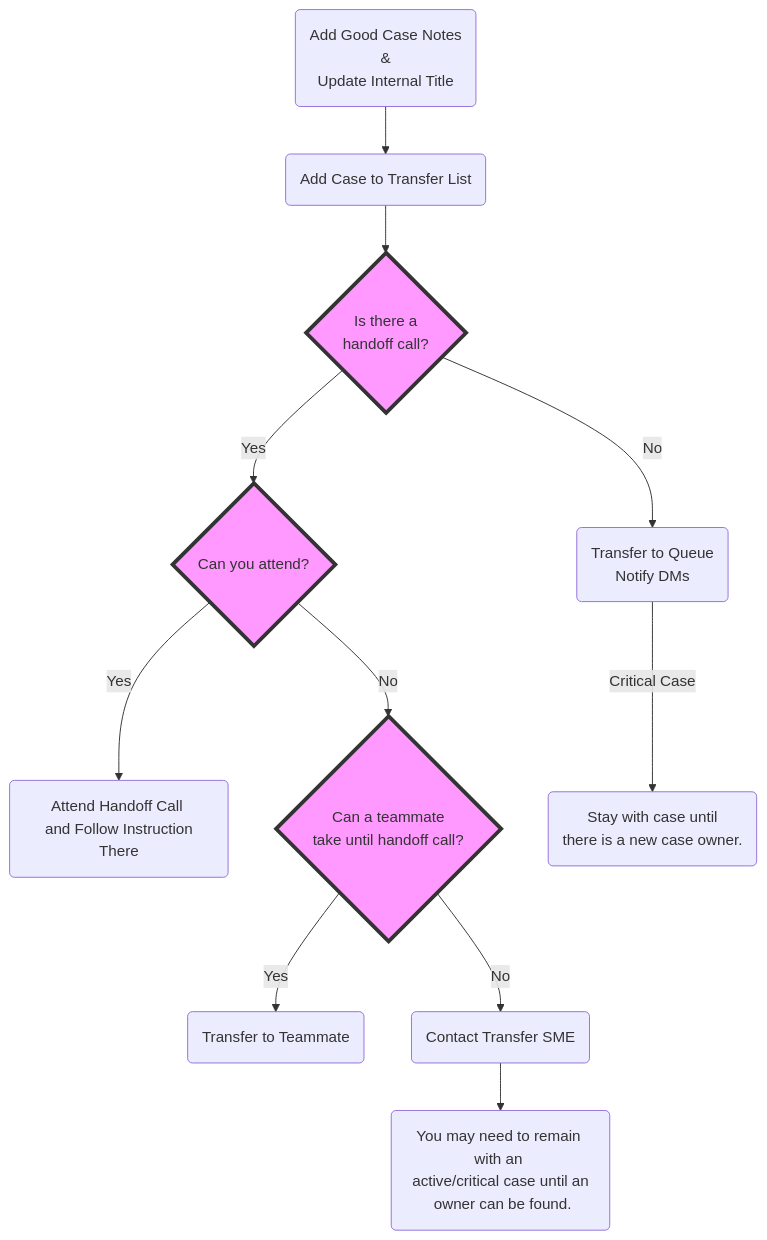
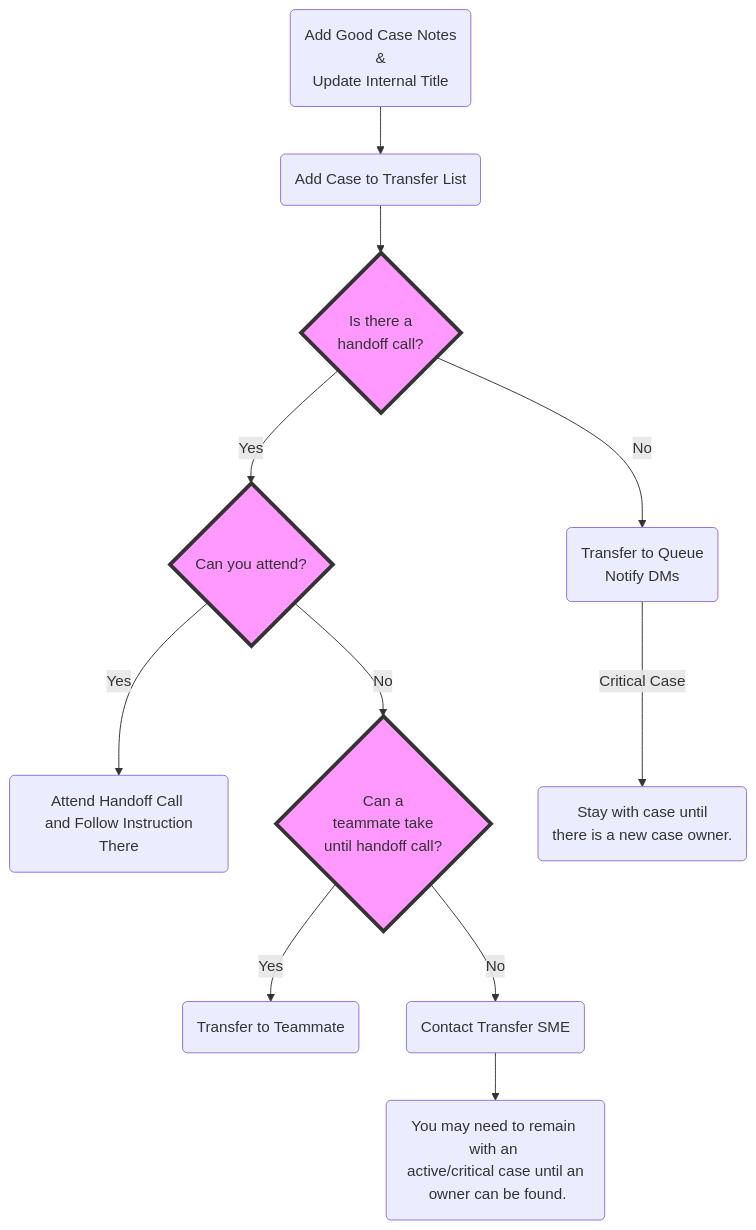
Before and after one commit to santi1s/Big-Data: the diagram in Big-Data/Support-Engineer-Best-Practices/Case-Management/Case-Handoff-Process.md, drawn with Mermaid.

Commit message:
Updated Case Handoff Process

```diff
--- a/Big-Data/Support-Engineer-Best-Practices/Case-Management/Case-Handoff-Process.md
+++ b/Big-Data/Support-Engineer-Best-Practices/Case-Management/Case-Handoff-Process.md
@@ -30,16 +30,16 @@
 ::: mermaid
 graph TD
     A(Add Good Case Notes <br> & <br> Update Internal Title) --> B(Add Case to Transfer List)
     B --> C{Is there a <br> handoff call?}
     C -->|Yes| D{Can you attend?}
 D -->|Yes| F(Attend Handoff Call <br> and Follow Instruction There)
-D -->|No| I{Can a teammate <br> take until handoff call?}
+D -->|No| I{Can a <br> teammate take <br> until handoff call?}
     C -->|No| E(Transfer to Queue <br> Notify DMs)
 E -->|Critical Case| H(Stay with case until <br> there is a new case owner.)
 I-->|Yes| J(Transfer to Teammate)
 I --> |No| K(Contact Transfer SME)
 K --> L(You may need to remain with an <br> active/critical case until an <br> owner can be found.)
     style D fill:#f9f,stroke:#333,stroke-width:4px
  style C fill:#f9f,stroke:#333,stroke-width:4px
  style I fill:#f9f,stroke:#333,stroke-width:4px
 :::
```
